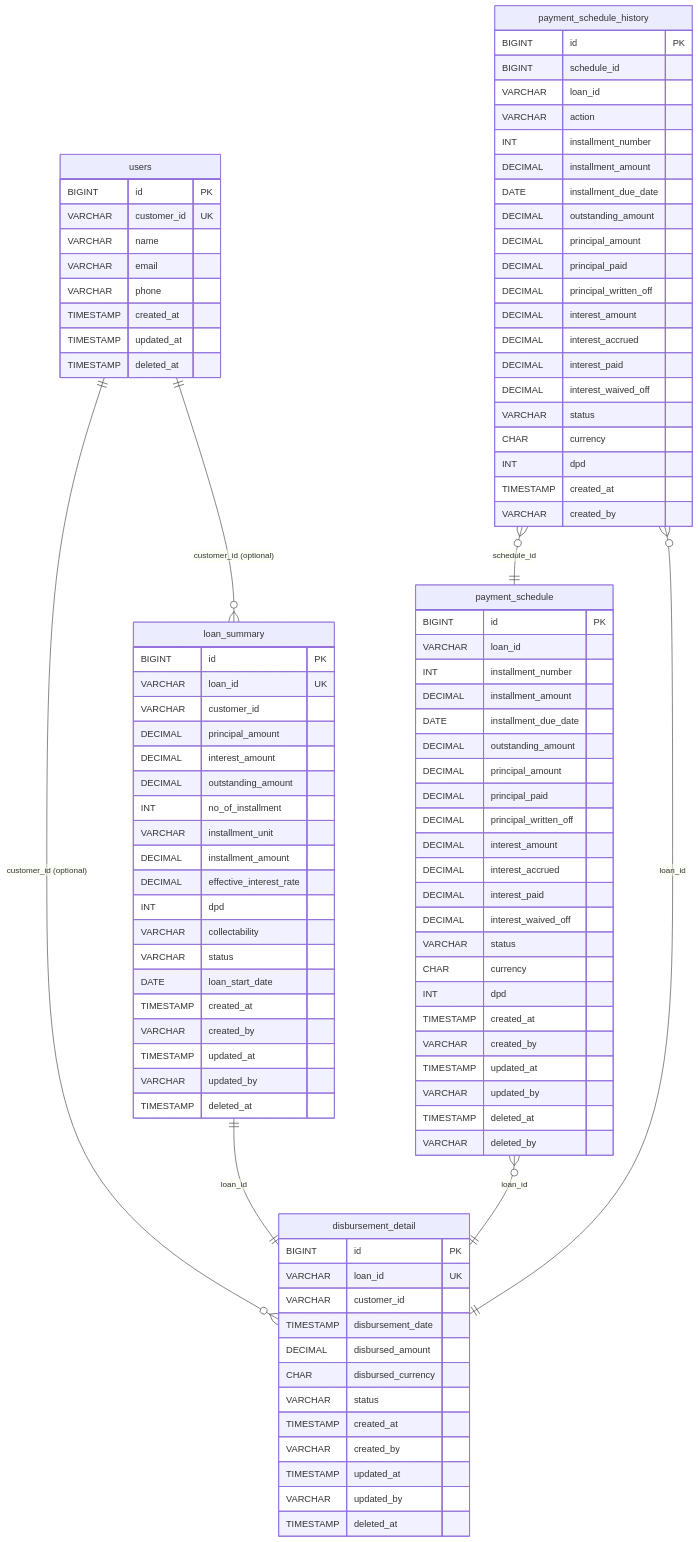
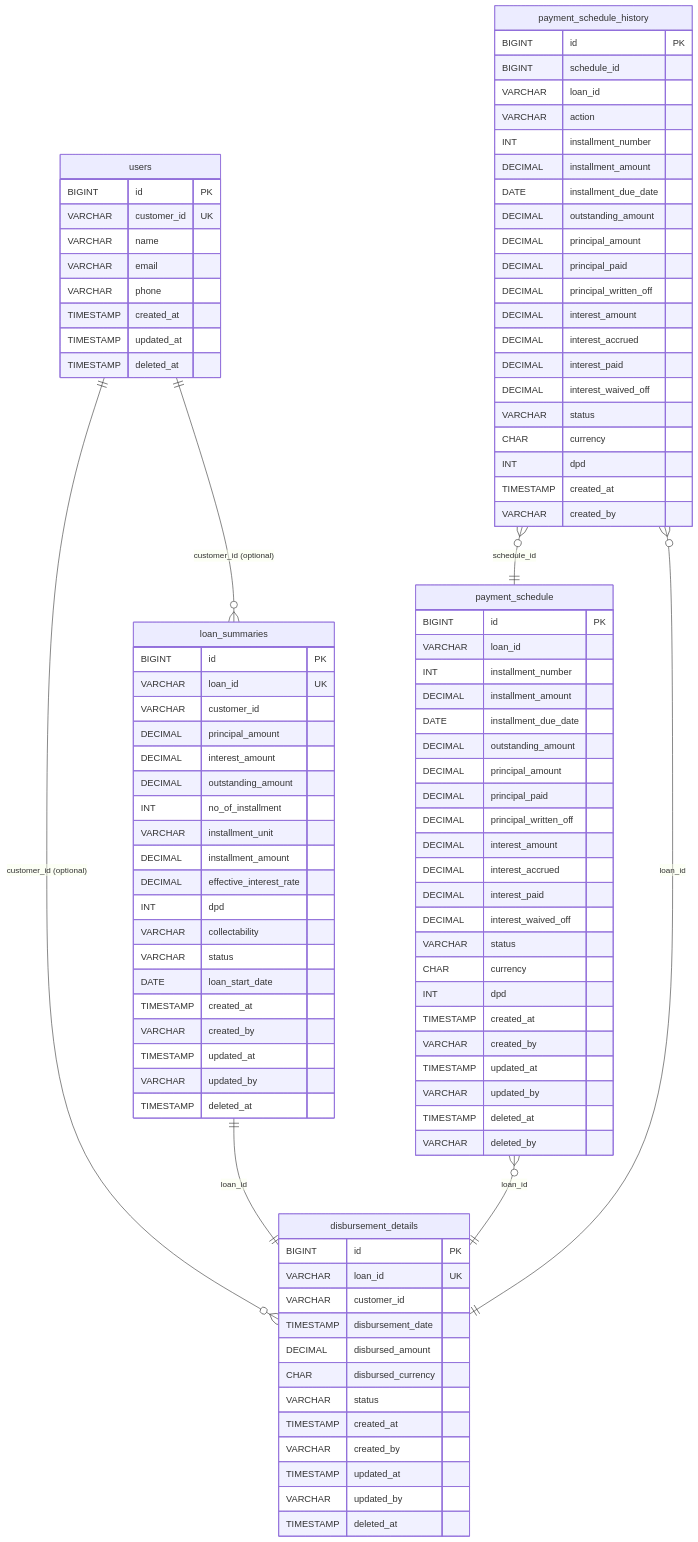
The diagram in README.md (jacksonfernando/billing-engine), drawn with Mermaid before and after one commit. The commit also changed other lines of this file and 48 other files, not shown here.

````diff
--- a/README.md
+++ b/README.md
@@ -35,7 +33,7 @@
         TIMESTAMP deleted_at
     }
 
-    disbursement_detail {
+    disbursement_details {
         BIGINT id PK
         VARCHAR loan_id UK
         VARCHAR customer_id
@@ -50,7 +48,7 @@
         TIMESTAMP deleted_at
     }
 
-    loan_summary {
+    loan_summaries {
         BIGINT id PK
         VARCHAR loan_id UK
         VARCHAR customer_id
@@ -120,10 +118,10 @@
         VARCHAR created_by
     }
 
-    loan_summary ||--|| disbursement_detail : "loan_id"
-    payment_schedule }o--|| disbursement_detail : "loan_id"
+    loan_summaries ||--|| disbursement_details : "loan_id"
+    payment_schedule }o--|| disbursement_details : "loan_id"
     payment_schedule_history }o--|| payment_schedule : "schedule_id"
-    payment_schedule_history }o--|| disbursement_detail : "loan_id"
-    users ||--o{ disbursement_detail : "customer_id (optional)"
-    users ||--o{ loan_summary : "customer_id (optional)"
+    payment_schedule_history }o--|| disbursement_details : "loan_id"
+    users ||--o{ disbursement_details : "customer_id (optional)"
+    users ||--o{ loan_summaries : "customer_id (optional)"
 ```
````
